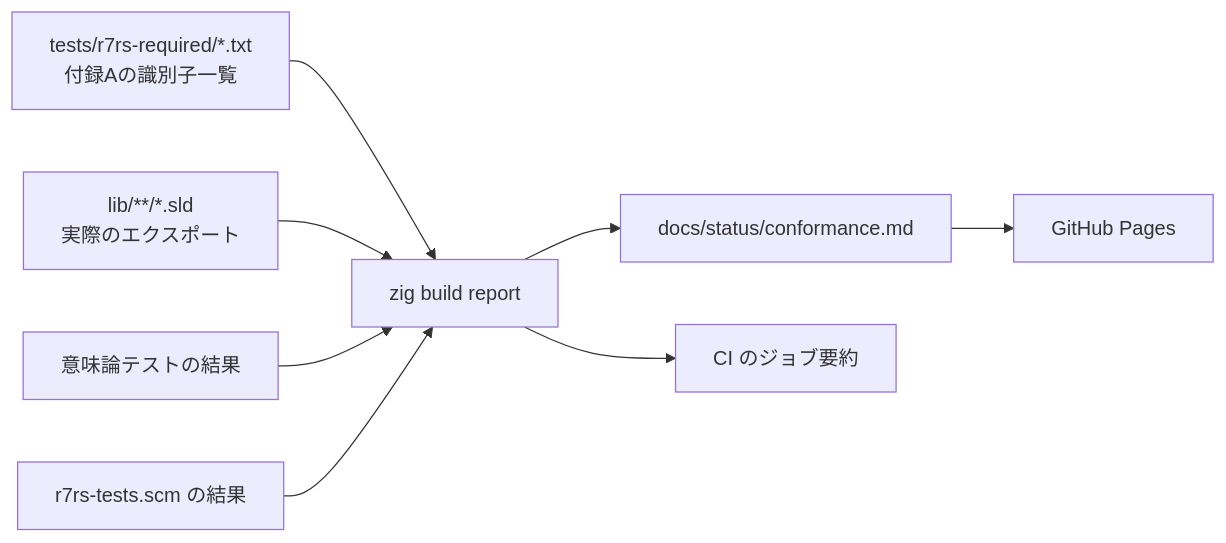
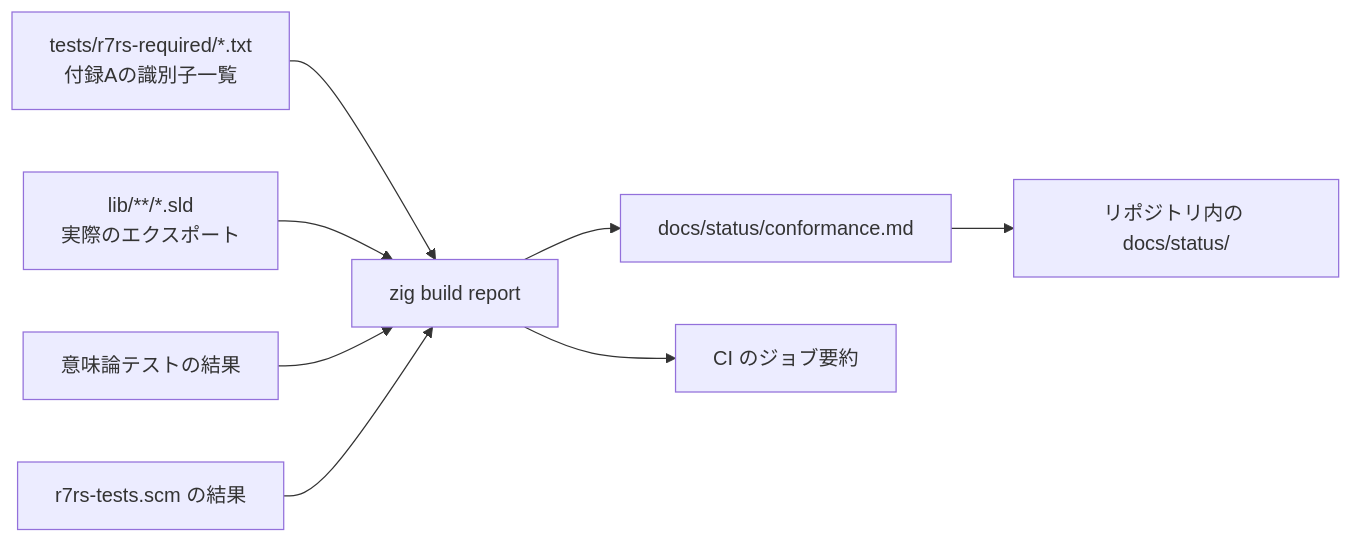
One commit to suchi/sucheme-zig changed the diagram in docs/design/r7rs-coverage.md. Above: the diagram before and after it, drawn with Mermaid. The commit also changed 14 other files, not shown here.

First line of the commit message:
docs: record the private repository and drop GitHub Pages

````diff
--- a/docs/design/r7rs-coverage.md
+++ b/docs/design/r7rs-coverage.md
@@ -85,10 +85,10 @@
 ```mermaid
 flowchart LR
     req["tests/r7rs-required/*.txt<br/>付録Aの識別子一覧"] --> report
     libs["lib/**/*.sld<br/>実際のエクスポート"] --> report
     sem["意味論テストの結果"] --> report
     vendor["r7rs-tests.scm の結果"] --> report
     report["zig build report"] --> status["docs/status/conformance.md"]
     report --> summary["CI のジョブ要約"]
-    status --> pages["GitHub Pages"]
+    status --> publish["リポジトリ内の docs/status/"]
 ```
````
